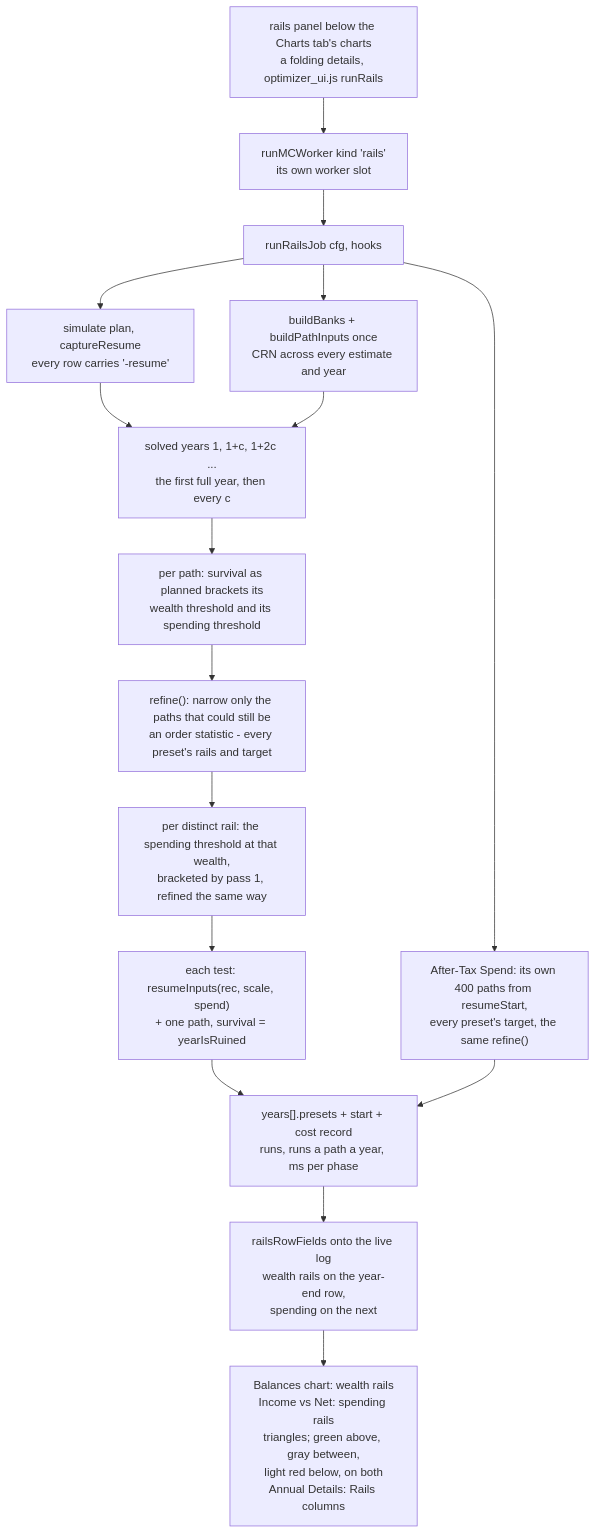
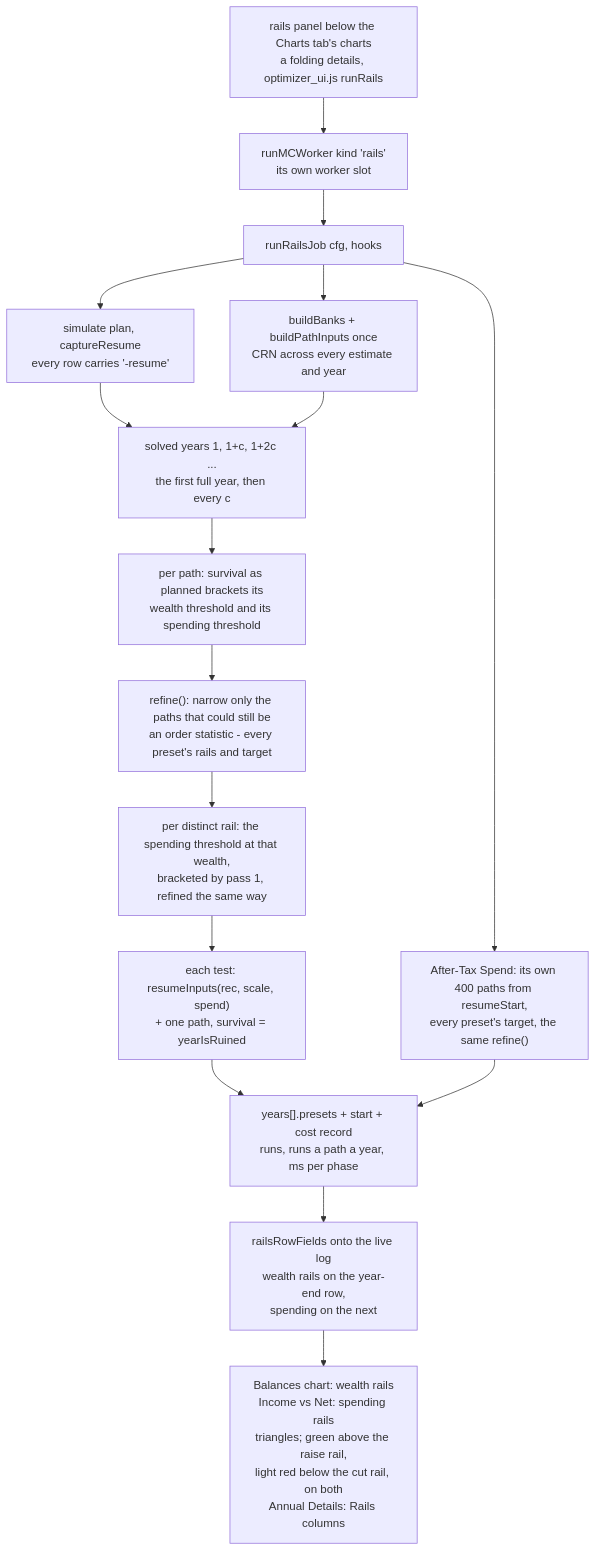
The ninth of 9 diagrams in ARCHITECTURE.md (nightskyguy/retirement_assets), drawn with Mermaid before and after one commit. The commit also changed 7 other files, not shown here.

First line of the commit message:
Rails: drop the gray band between the rails (P128q)

````diff
--- a/ARCHITECTURE.md
+++ b/ARCHITECTURE.md
@@ -480,18 +480,18 @@
 ```mermaid
 flowchart TD
     PANEL["rails panel below the Charts tab's charts<br/>a folding details, optimizer_ui.js runRails"] --> CTL["runMCWorker kind 'rails'<br/>its own worker slot"]
     CTL --> JOB["runRailsJob cfg, hooks"]
     JOB --> SPINE["simulate plan, captureResume<br/>every row carries '-resume'"]
     JOB --> BANKS["buildBanks + buildPathInputs once<br/>CRN across every estimate and year"]
     SPINE --> YEARS["solved years 1, 1+c, 1+2c ...<br/>the first full year, then every c"]
     BANKS --> YEARS
     YEARS --> POS["per path: survival as planned brackets its<br/>wealth threshold and its spending threshold"]
     POS --> REF["refine(): narrow only the paths that could still be<br/>an order statistic - every preset's rails and target"]
     REF --> RS["per distinct rail: the spending threshold at that wealth,<br/>bracketed by pass 1, refined the same way"]
     RS --> EST["each test: resumeInputs(rec, scale, spend)<br/>+ one path, survival = yearIsRuined"]
     JOB --> START["After-Tax Spend: its own 400 paths from resumeStart,<br/>every preset's target, the same refine()"]
     EST --> MSG["years[].presets + start + cost record<br/>runs, runs a path a year, ms per phase"]
     START --> MSG
     MSG --> MERGE["railsRowFields onto the live log<br/>wealth rails on the year-end row,<br/>spending on the next"]
-    MERGE --> DRAW["Balances chart: wealth rails<br/>Income vs Net: spending rails<br/>triangles; green above, gray between,<br/>light red below, on both<br/>Annual Details: Rails columns"]
+    MERGE --> DRAW["Balances chart: wealth rails<br/>Income vs Net: spending rails<br/>triangles; green above the raise rail,<br/>light red below the cut rail, on both<br/>Annual Details: Rails columns"]
 ```
````
